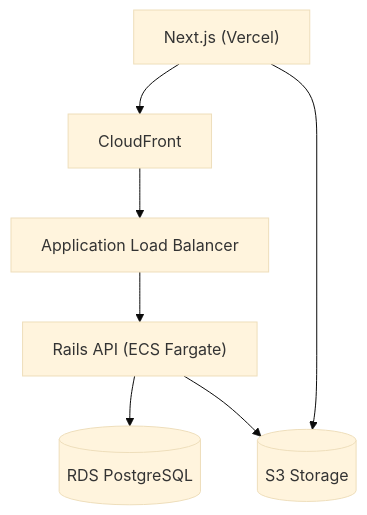
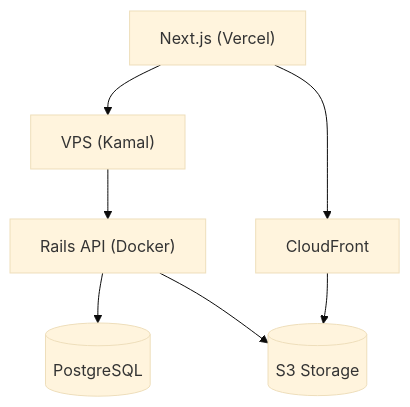
The diagram in README.md (nyshk97/shuriken-note), drawn with Mermaid (base theme) before and after one commit. The commit also changed other lines of this file and 1 other file, not shown here.

Commit message:
docs: update architecture to reflect VPS migration and accept ADR 0013

````diff
--- a/README.md
+++ b/README.md
@@ -25,13 +25,13 @@
 ```mermaid
 flowchart TD
   Web["Next.js (Vercel)"]
+  VPS["VPS (Kamal)"]
+  API["Rails API (Docker)"]
+  DB[("PostgreSQL")]
   CF["CloudFront"]
-  ALB["Application Load Balancer"]
-  API["Rails API (ECS Fargate)"]
-  DB[("RDS PostgreSQL")]
   S3[("S3 Storage")]
 
-  Web --> CF --> ALB --> API --> DB
+  Web --> VPS --> API --> DB
   API --> S3
-  Web --> S3
+  Web --> CF --> S3
 ```
````
